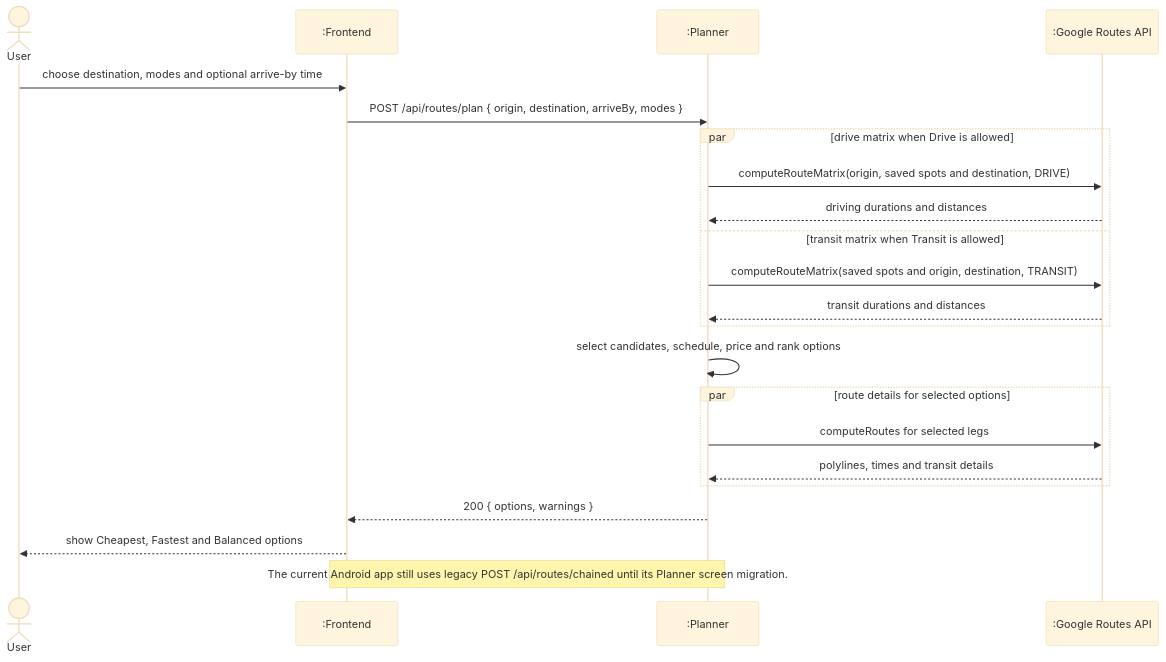
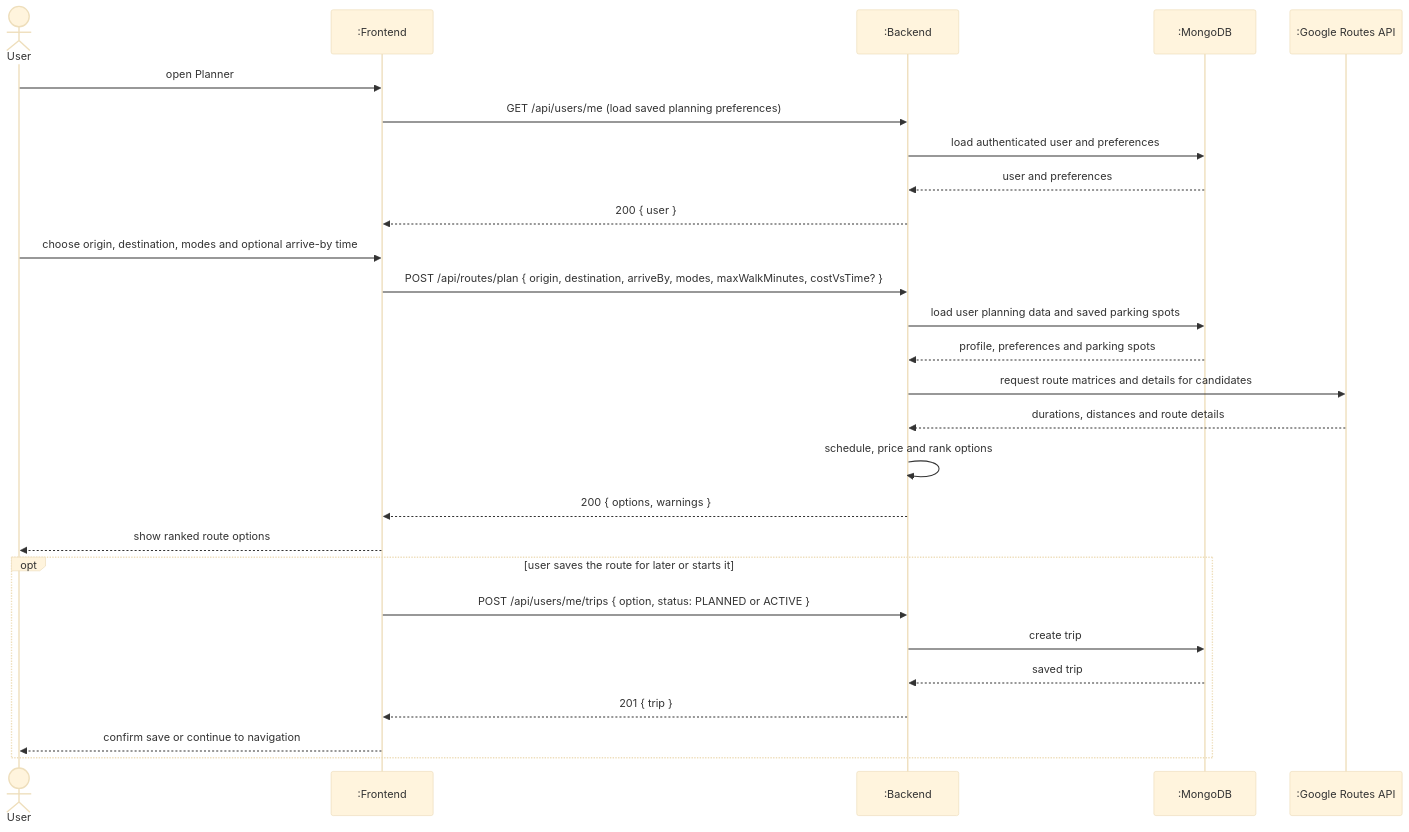
Before and after one commit to adamdeleeuw/trailmix: the third of 5 diagrams in documentation/Requirements_and_Design.md, drawn with Mermaid (base theme). The commit also changed other lines of this file, not shown here.

Commit message:
updated sequence diagrams

````diff
--- a/documentation/Requirements_and_Design.md
+++ b/documentation/Requirements_and_Design.md
@@ -437,25 +453,30 @@
 ```mermaid
 sequenceDiagram
     actor User
     participant App as :Frontend
-    participant Planner as :Planner
+    participant Backend as :Backend
+    participant DB as :MongoDB
     participant GR as :Google Routes API
 
-    User->>App: choose destination, modes and optional arrive-by time
-    App->>Planner: POST /api/routes/plan { origin, destination, arriveBy, modes }
-    par drive matrix when Drive is allowed
-        Planner->>GR: computeRouteMatrix(origin, saved spots and destination, DRIVE)
-        GR-->>Planner: driving durations and distances
-    and transit matrix when Transit is allowed
-        Planner->>GR: computeRouteMatrix(saved spots and origin, destination, TRANSIT)
-        GR-->>Planner: transit durations and distances
+    User->>App: open Planner
+    App->>Backend: GET /api/users/me (load saved planning preferences)
+    Backend->>DB: load authenticated user and preferences
+    DB-->>Backend: user and preferences
+    Backend-->>App: 200 { user }
+    User->>App: choose origin, destination, modes and optional arrive-by time
+    App->>Backend: POST /api/routes/plan { origin, destination, arriveBy, modes, maxWalkMinutes, costVsTime? }
+    Backend->>DB: load user planning data and saved parking spots
+    DB-->>Backend: profile, preferences and parking spots
+    Backend->>GR: request route matrices and details for candidates
+    GR-->>Backend: durations, distances and route details
+    Backend->>Backend: schedule, price and rank options
+    Backend-->>App: 200 { options, warnings }
+    App-->>User: show ranked route options
+    opt user saves the route for later or starts it
+        App->>Backend: POST /api/users/me/trips { option, status: PLANNED or ACTIVE }
+        Backend->>DB: create trip
+        DB-->>Backend: saved trip
+        Backend-->>App: 201 { trip }
+        App-->>User: confirm save or continue to navigation
     end
-    Planner->>Planner: select candidates, schedule, price and rank options
-    par route details for selected options
-        Planner->>GR: computeRoutes for selected legs
-        GR-->>Planner: polylines, times and transit details
-    end
-    Planner-->>App: 200 { options, warnings }
-    App-->>User: show Cheapest, Fastest and Balanced options
-    Note over App,Planner: The current Android app still uses legacy POST /api/routes/chained until its Planner screen migration.
 ```
````
